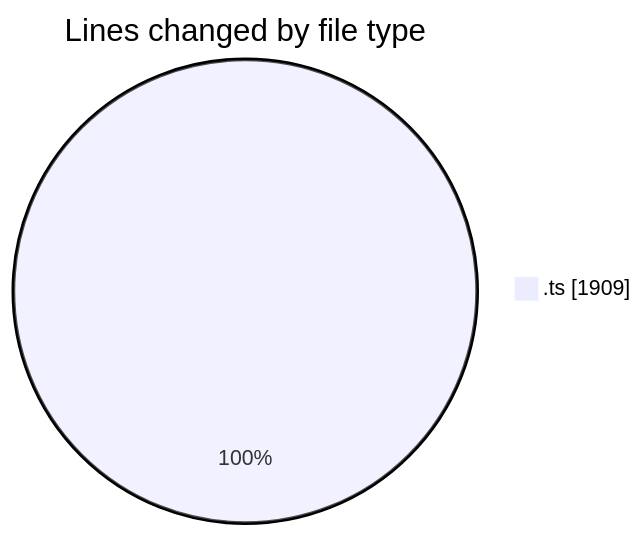
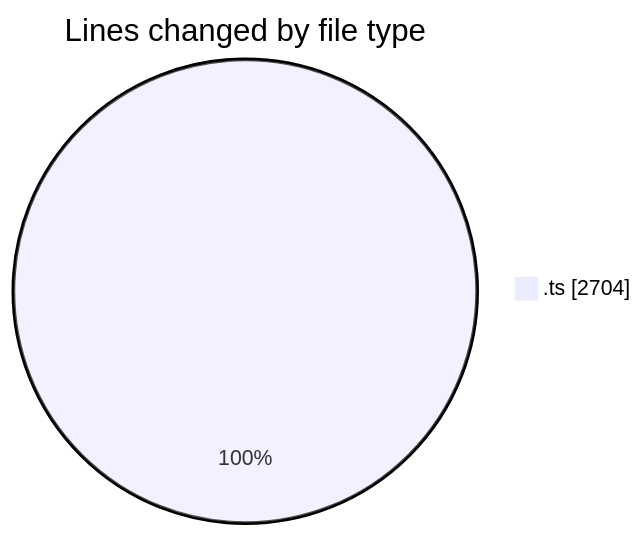
Before and after one commit to momahboobian/code-tracking: the first of 2 diagrams in 2025-06-24/cda/README.md, drawn with Mermaid. The commit also changed other lines of this file and 1 other file, not shown here.

````diff
--- a/2025-06-24/cda/README.md
+++ b/2025-06-24/cda/README.md
@@ -23,5 +24,5 @@
 ```mermaid
 pie showData
 title Lines changed by file type
-".ts" : 1909
+".ts" : 2704
 ```
````
